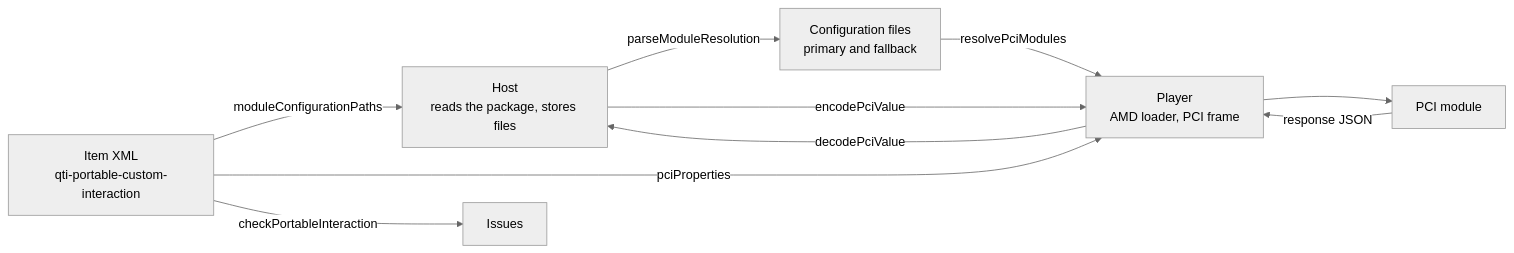
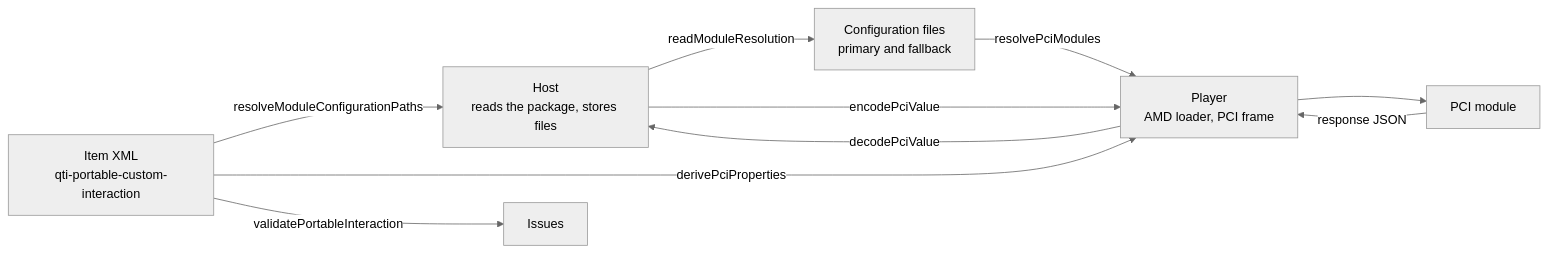
One commit to assesskit/assesskit changed the diagram in docs/runtime/pci.md. Above: the diagram before and after it, drawn with Mermaid (neutral theme). The commit also changed other lines of this file and 285 other files, not shown here.

````diff
--- a/docs/runtime/pci.md
+++ b/docs/runtime/pci.md
@@ -7,17 +7,17 @@
 ```mermaid
 flowchart LR
   item["Item XML<br/>qti-portable-custom-interaction"]
   files["Configuration files<br/>primary and fallback"]
   host["Host<br/>reads the package, stores files"]
   player["Player<br/>AMD loader, PCI frame"]
   module["PCI module"]
-  item -- "moduleConfigurationPaths" --> host
-  host -- "parseModuleResolution" --> files
+  item -- "resolveModuleConfigurationPaths" --> host
+  host -- "readModuleResolution" --> files
   files -- "resolvePciModules" --> player
-  item -- "pciProperties" --> player
+  item -- "derivePciProperties" --> player
   player --> module
   module -- "response JSON" --> player
   player -- "decodePciValue" --> host
   host -- "encodePciValue" --> player
-  item -- "checkPortableInteraction" --> issues["Issues"]
+  item -- "validatePortableInteraction" --> issues["Issues"]
 ```
````
